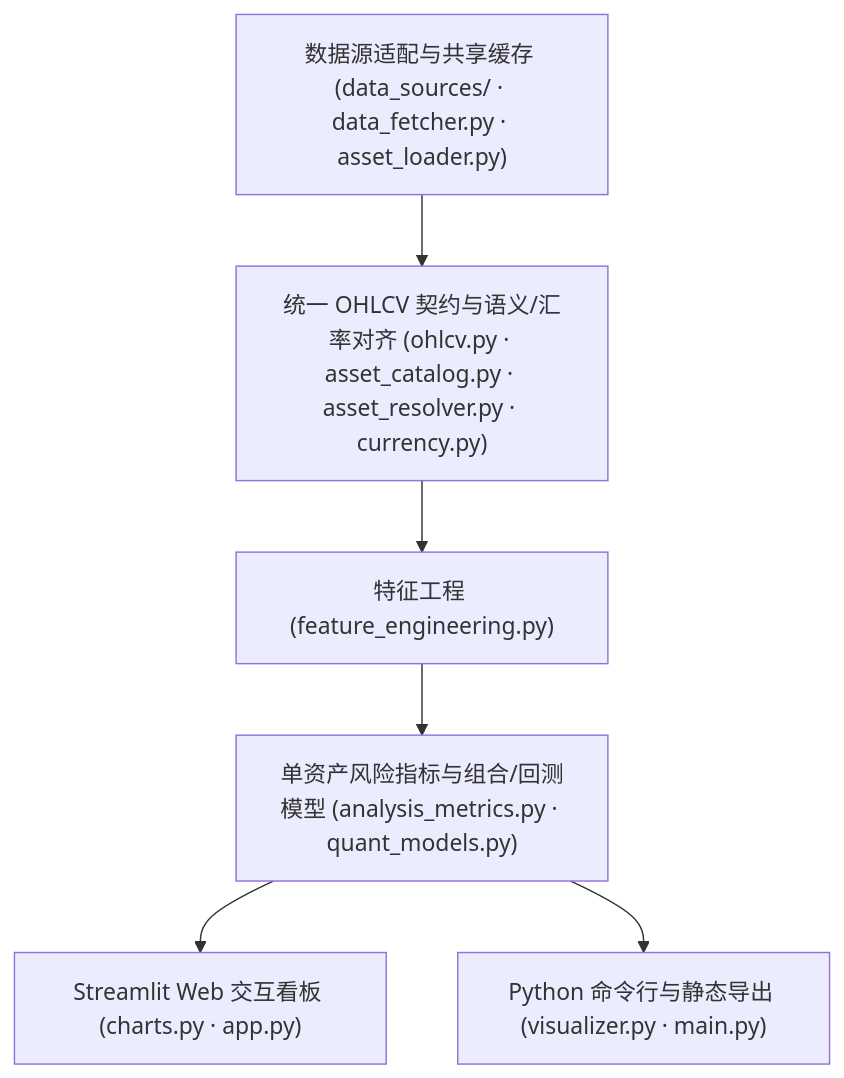
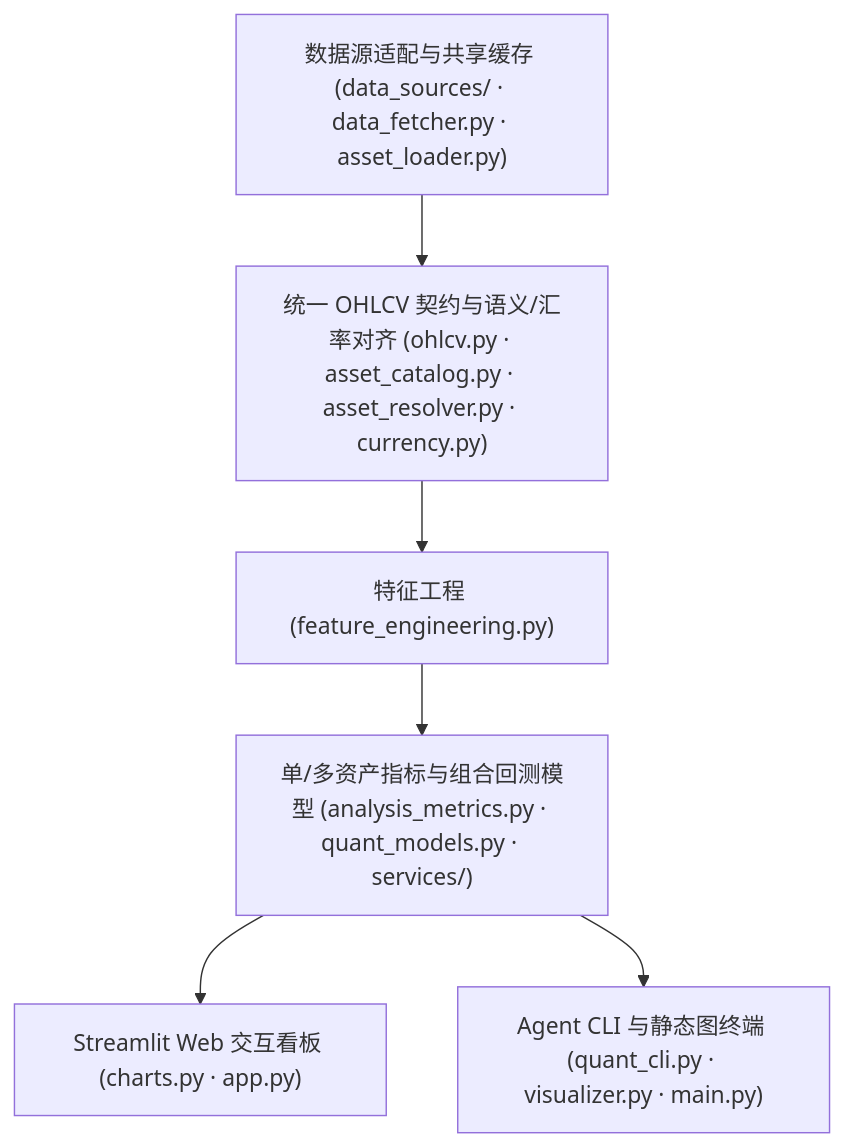
Before and after one commit to Ultramarine-1011/Quantitative_Analysis: the diagram in README.md, drawn with Mermaid. The commit also changed other lines of this file and 13 other files, not shown here.

Commit message:
feat(m3): add quant compare/portfolio CLI, multi-asset service, and M2 hardening fixes

````diff
--- a/README.md
+++ b/README.md
@@ -172,15 +182,15 @@
 ```mermaid
 flowchart TB
     Sources["数据源适配与共享缓存 (data_sources/ · data_fetcher.py · asset_loader.py)"]
     Contract["统一 OHLCV 契约与语义/汇率对齐 (ohlcv.py · asset_catalog.py · asset_resolver.py · currency.py)"]
     Features["特征工程 (feature_engineering.py)"]
-    Analytics["单资产风险指标与组合/回测模型 (analysis_metrics.py · quant_models.py)"]
+    Analytics["单/多资产指标与组合回测模型 (analysis_metrics.py · quant_models.py · services/)"]
     WebUI["Streamlit Web 交互看板 (charts.py · app.py)"]
-    CLI["Python 命令行与静态导出 (visualizer.py · main.py)"]
+    CLI["Agent CLI 与静态图终端 (quant_cli.py · visualizer.py · main.py)"]
 
     Sources --> Contract
     Contract --> Features
     Features --> Analytics
     Analytics --> WebUI
     Analytics --> CLI
 ```
````
